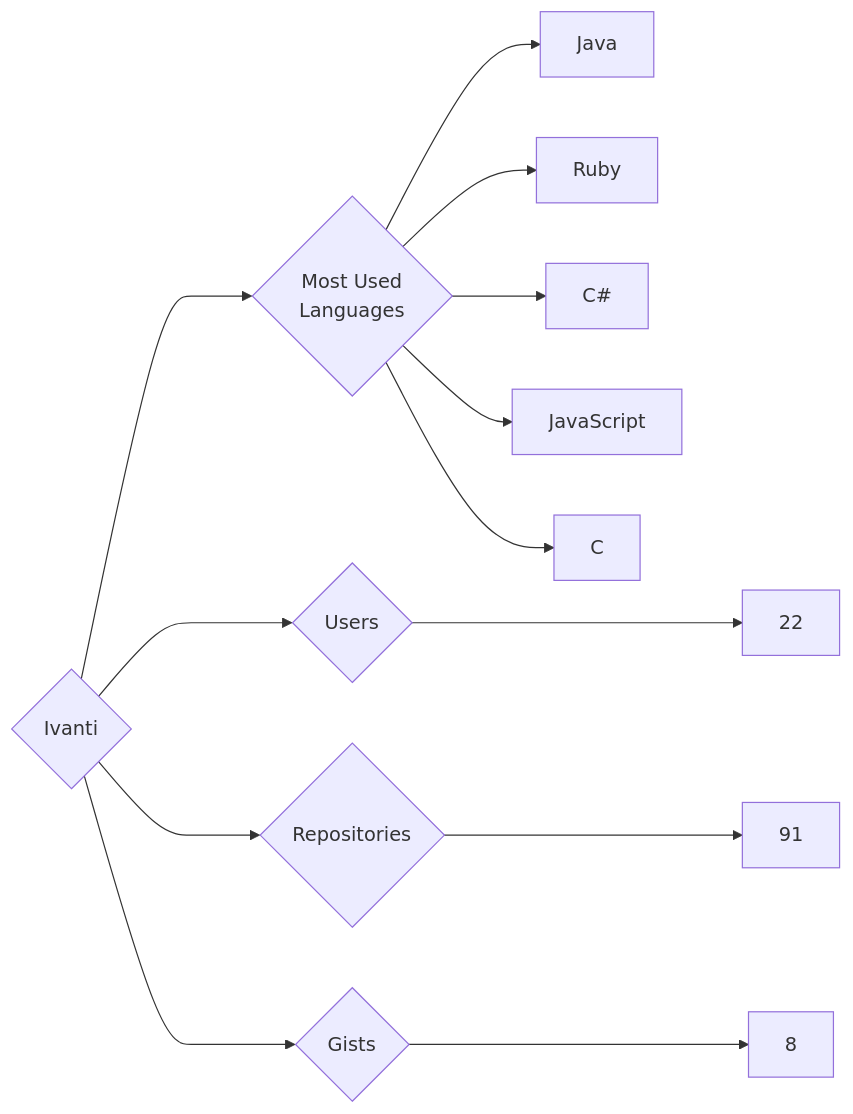
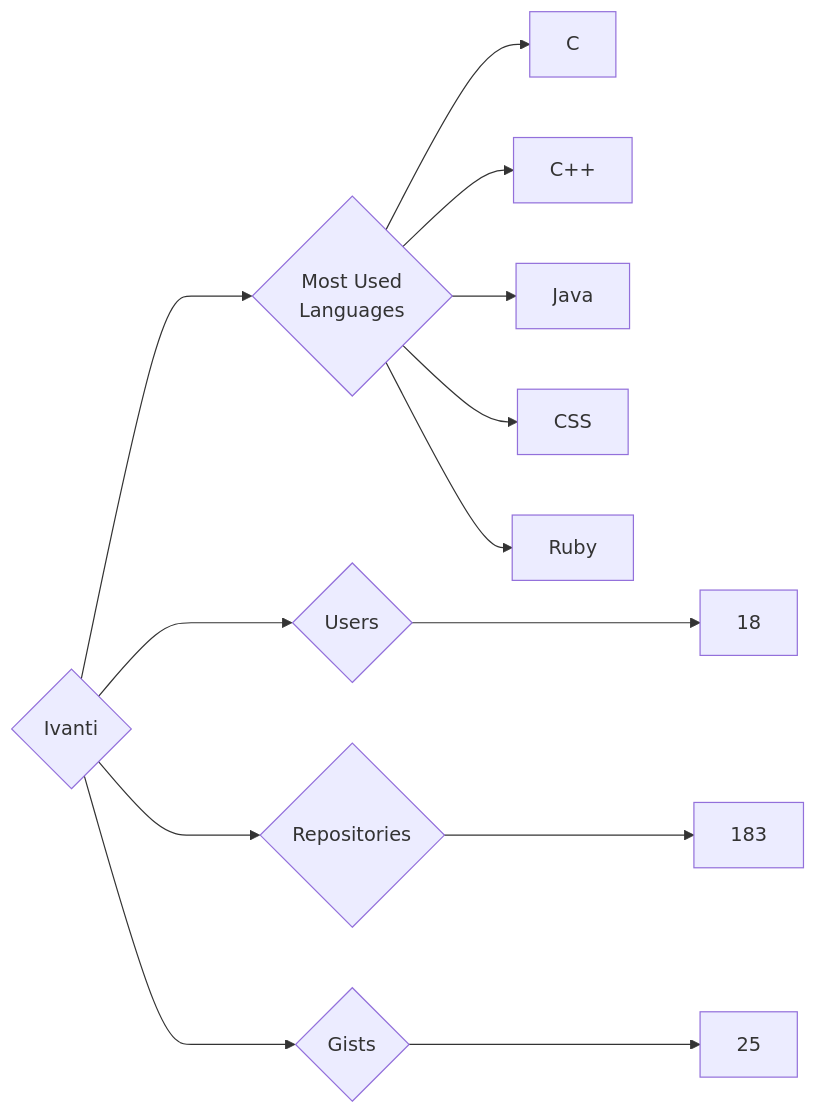
One commit to trickest/insiders changed the diagram in targets/Ivanti/README.md. Above: the diagram before and after it, drawn with Mermaid. The commit also changed 545 other files, not shown here.

````diff
--- a/targets/Ivanti/README.md
+++ b/targets/Ivanti/README.md
@@ -3,13 +3,13 @@
 ```mermaid
 graph LR
 COMPANY_NAME{Ivanti}
-COMPANY_NAME ---> U{Users} ---> UN[22]
-COMPANY_NAME ---> R{Repositories} ---> RN[91]
-COMPANY_NAME ---> G{Gists} ---> GN[8]
+COMPANY_NAME ---> U{Users} ---> UN[18]
+COMPANY_NAME ---> R{Repositories} ---> RN[183]
+COMPANY_NAME ---> G{Gists} ---> GN[25]
 COMPANY_NAME ---> ML{Most Used<br>Languages}
+ML --> C[C]
+ML --> C++[C++]
 ML --> Java[Java]
+ML --> CSS[CSS]
 ML --> Ruby[Ruby]
-ML --> C#[C#]
-ML --> JavaScript[JavaScript]
-ML --> C[C]
 ```
````
